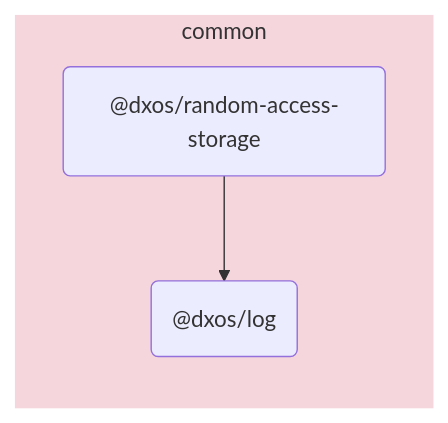
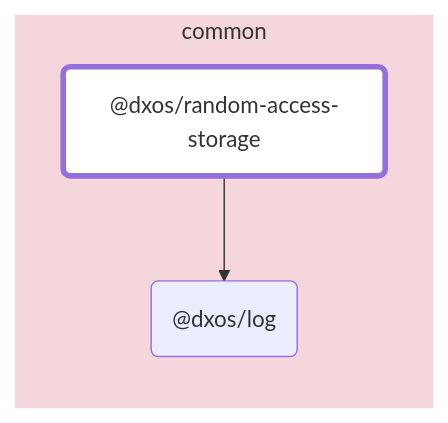
Before and after one commit to dxos/dxos: the diagram in packages/common/random-access-storage/docs/README.md, drawn with Mermaid. The commit also changed other lines of this file and 88 other files, not shown here.

````diff
--- a/packages/common/random-access-storage/docs/README.md
+++ b/packages/common/random-access-storage/docs/README.md
@@ -5,11 +7,15 @@
 ```mermaid
 flowchart LR;
+
+style dxos/random-access-storage fill:#fff,stroke-width:4px;
+
+click dxos/log "https:/github.com/dxos/dxos/tree/main/packages/common/log/docs";
 
 subgraph common
   style common fill:#f5d6dd,stroke:#fff;
   dxos/random-access-storage("@dxos/random-access-storage");
   dxos/log("@dxos/log");
 end
 
 dxos/random-access-storage --> dxos/log;
 ```
````
